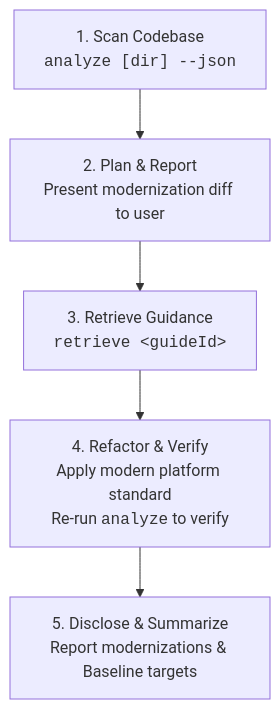
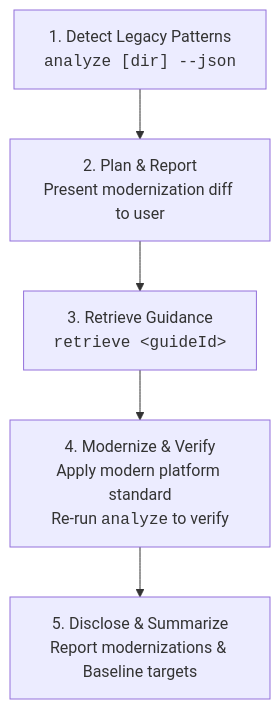
One commit to GoogleChrome/modern-web-guidance-src changed the first of 2 diagrams in src/analyzing/README.md. Above: the diagram before and after it, drawn with Mermaid. The commit also changed other lines of this file and 3 other files, not shown here.

Commit message:
docs: name the workflow modernize and keep analyze as the cli verb

````diff
--- a/src/analyzing/README.md
+++ b/src/analyzing/README.md
@@ -89,7 +89,7 @@
 ```mermaid
 flowchart TD
-    Scan["1. Scan Codebase<br/><code>analyze [dir] --json</code>"] --> Plan["2. Plan & Report<br/>Present modernization diff to user"]
+    Scan["1. Detect Legacy Patterns<br/><code>analyze [dir] --json</code>"] --> Plan["2. Plan & Report<br/>Present modernization diff to user"]
     Plan --> Retrieve["3. Retrieve Guidance<br/><code>retrieve &lt;guideId&gt;</code>"]
-    Retrieve --> Refactor["4. Refactor & Verify<br/>Apply modern platform standard<br/>Re-run <code>analyze</code> to verify"]
-    Refactor --> Disclose["5. Disclose & Summarize<br/>Report modernizations & Baseline targets"]
+    Retrieve --> Modernize["4. Modernize & Verify<br/>Apply modern platform standard<br/>Re-run <code>analyze</code> to verify"]
+    Modernize --> Disclose["5. Disclose & Summarize<br/>Report modernizations & Baseline targets"]
 ```
````
